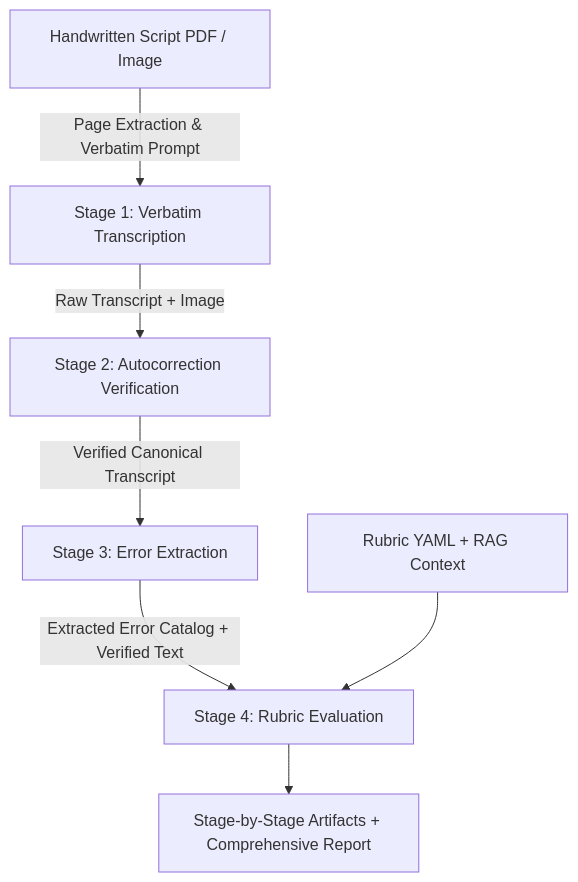
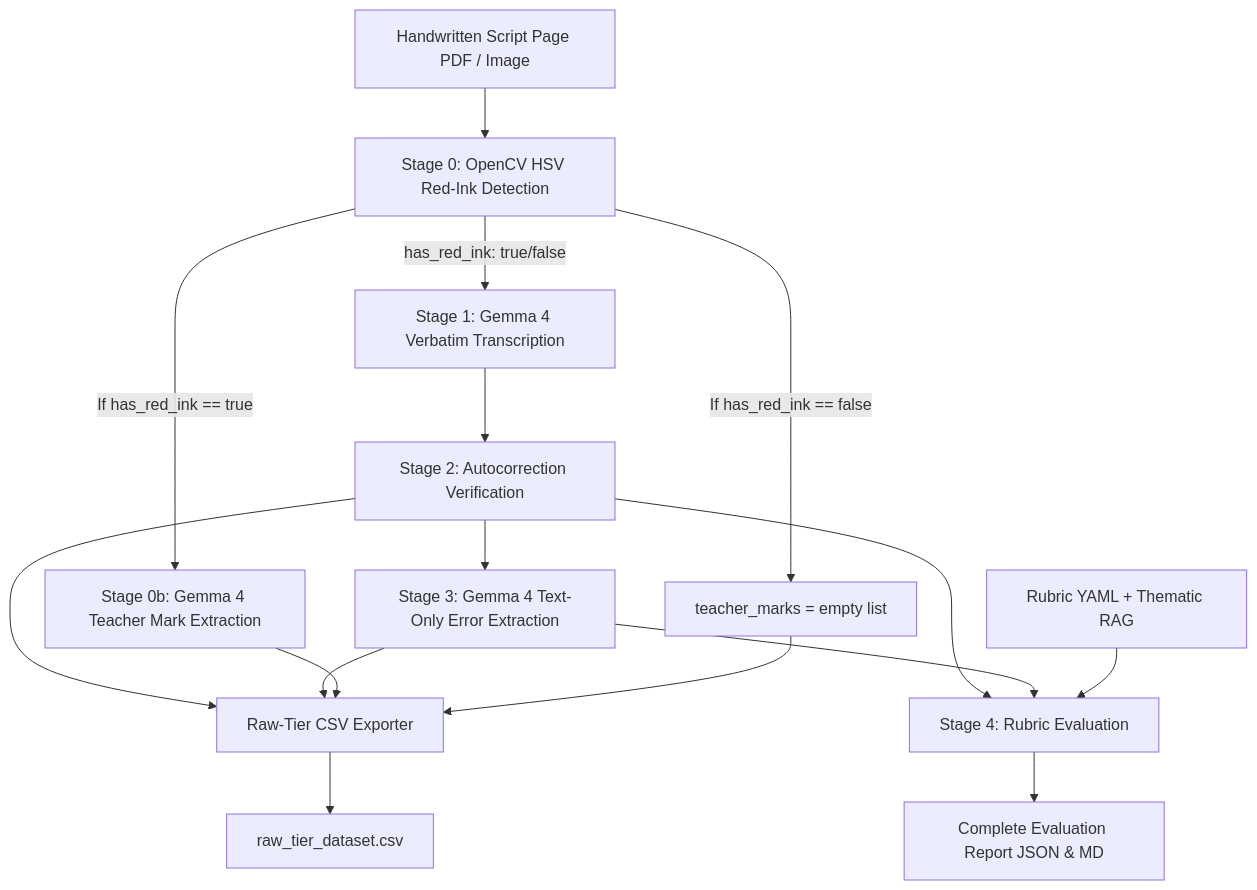
Before and after one commit to saidul-anam/Ugrad-Thesis-Script-Checking-With-Multimodal-AI: the diagram in GUIDE.md, drawn with Mermaid. The commit also changed other lines of this file and 15 other files, not shown here.

````diff
--- a/GUIDE.md
+++ b/GUIDE.md
@@ -41,9 +56,18 @@
 ```mermaid
 graph TD
-    A[Handwritten Script PDF / Image] -->|Page Extraction & Verbatim Prompt| B[Stage 1: Verbatim Transcription]
-    B -->|Raw Transcript + Image| C[Stage 2: Autocorrection Verification]
-    C -->|Verified Canonical Transcript| D[Stage 3: Error Extraction]
-    D -->|Extracted Error Catalog + Verified Text| E[Stage 4: Rubric Evaluation]
-    R[Rubric YAML + RAG Context] --> E
-    E --> F[Stage-by-Stage Artifacts + Comprehensive Report]
+    A[Handwritten Script Page PDF / Image] --> B[Stage 0: OpenCV HSV Red-Ink Detection]
+    B -->|has_red_ink: true/false| C[Stage 1: Gemma 4 Verbatim Transcription]
+    C --> D[Stage 2: Autocorrection Verification]
+    D --> E[Stage 3: Gemma 4 Text-Only Error Extraction]
+    B -->|If has_red_ink == true| F[Stage 0b: Gemma 4 Teacher Mark Extraction]
+    B -->|If has_red_ink == false| G[teacher_marks = empty list]
+    D --> H[Raw-Tier CSV Exporter]
+    E --> H
+    F --> H
+    G --> H
+    H --> I[raw_tier_dataset.csv]
+    D --> J[Stage 4: Rubric Evaluation]
+    E --> J
+    R[Rubric YAML + Thematic RAG] --> J
+    J --> K[Complete Evaluation Report JSON & MD]
 ```
````
